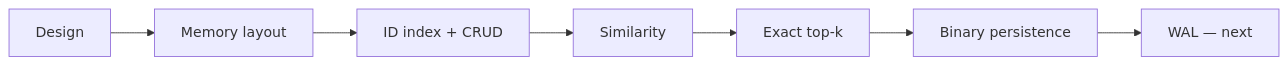
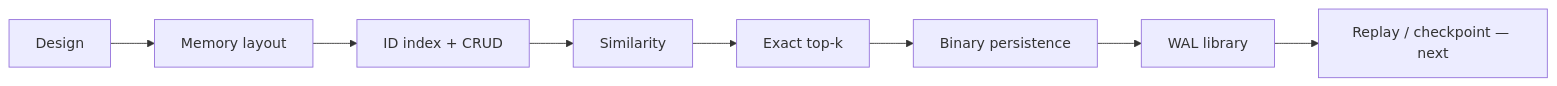
One commit to Kumario1/vectorDB changed the first of 5 diagrams in README.md. Above: the diagram before and after it, drawn with Mermaid. The commit also changed other lines of this file and 6 other files, not shown here.

First line of the commit message:
feat: add WAL writer/reader library and sandbox

````diff
--- a/README.md
+++ b/README.md
@@ -11,9 +11,10 @@
 ```mermaid
 flowchart LR
   D[Design] --> L[Memory layout]
   L --> I[ID index + CRUD]
   I --> S[Similarity]
   S --> K[Exact top-k]
   K --> P[Binary persistence]
-  P --> W[WAL — next]
+  P --> W[WAL library]
+  W --> R[Replay / checkpoint — next]
 ```
````
